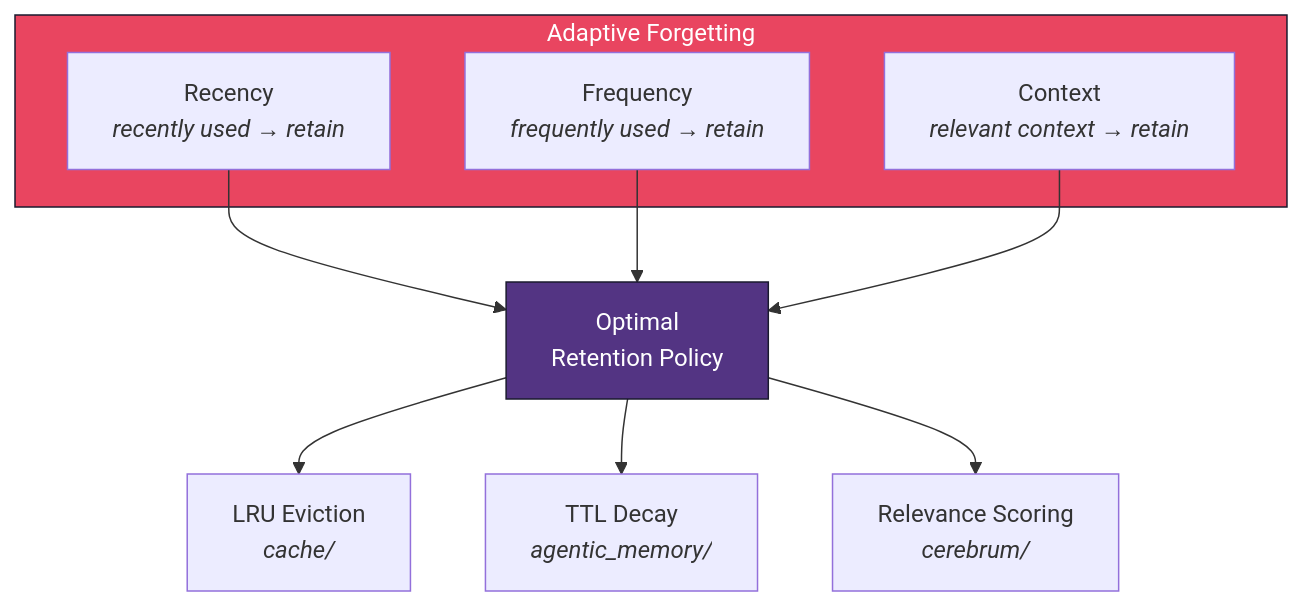
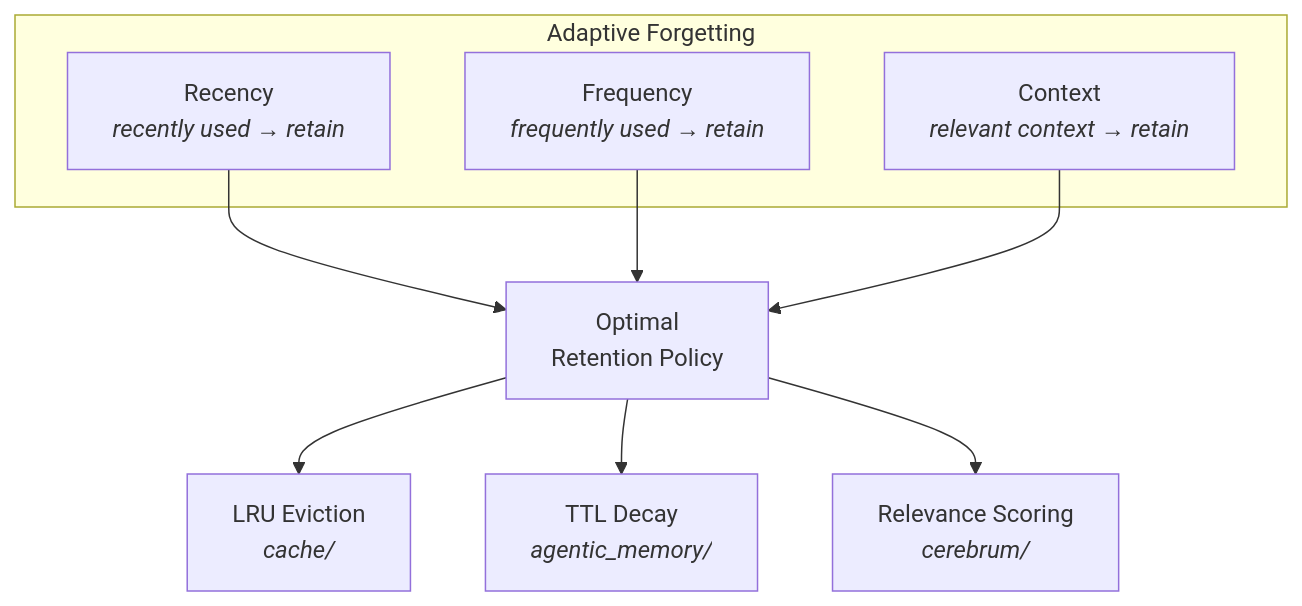
One commit to docxology/codomyrmex changed the second of 2 diagrams in docs/bio/memory_and_forgetting.md. Above: the diagram before and after it, drawn with Mermaid. The commit also changed other lines of this file and 86 other files, not shown here.

````diff
--- a/docs/bio/memory_and_forgetting.md
+++ b/docs/bio/memory_and_forgetting.md
@@ -60,19 +57,16 @@
 ```mermaid
 graph TB
     subgraph ADAPTIVE["Adaptive Forgetting"]
         RECENT["Recency<br/><i>recently used → retain</i>"]
         FREQ["Frequency<br/><i>frequently used → retain</i>"]
         CONTEXT["Context<br/><i>relevant context → retain</i>"]
     end
 
     RECENT --> POLICY["Optimal<br/>Retention Policy"]
     FREQ --> POLICY
     CONTEXT --> POLICY
 
     POLICY --> LRU_P["LRU Eviction<br/><i>cache/</i>"]
     POLICY --> TTL_P["TTL Decay<br/><i>agentic_memory/</i>"]
     POLICY --> REL_P["Relevance Scoring<br/><i>cerebrum/</i>"]
-
-    style ADAPTIVE fill:#e94560,stroke:#1a1a2e,color:#fff
-    style POLICY fill:#533483,stroke:#1a1a2e,color:#fff
 ```
````
